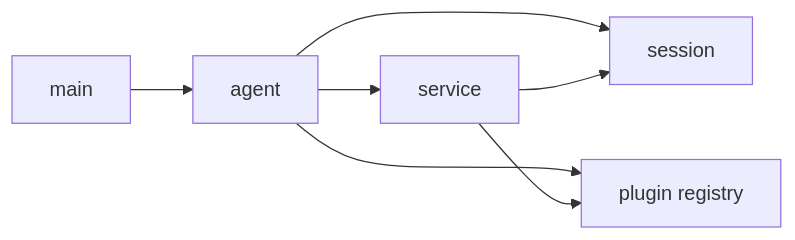
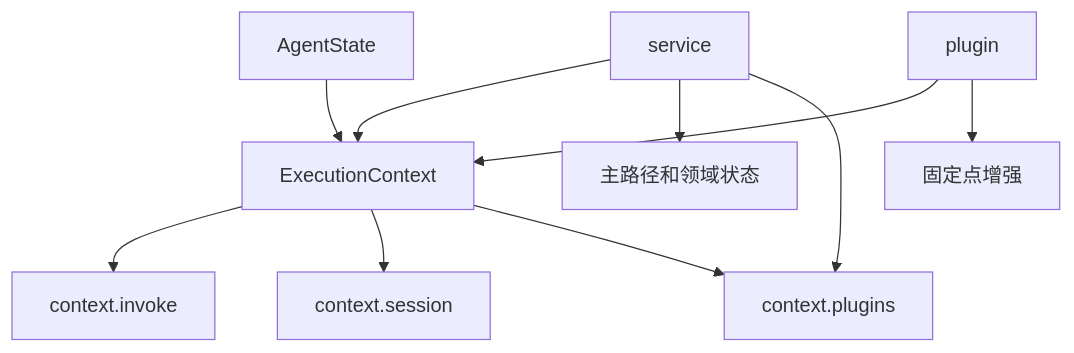
The seventh of 7 diagrams in devdocs/service-and-plugin.md (wangenius/downcity), drawn with Mermaid before and after one commit. The commit also changed other lines of this file and 96 other files, not shown here.

````diff
--- a/devdocs/service-and-plugin.md
+++ b/devdocs/service-and-plugin.md
@@ -325,9 +274,14 @@
 ```mermaid
-flowchart LR
-  MAIN["main"] --> AGENT["agent"]
-  AGENT --> SERVICE["service"]
-  AGENT --> SESSION["session"]
-  AGENT --> PLUGIN["plugin registry"]
-  SERVICE --> SESSION
-  SERVICE --> PLUGIN
+flowchart TD
+  AGENT["AgentState"] --> CTX["ExecutionContext"]
+  CTX --> INVOKE["context.invoke"]
+  CTX --> SESSION["context.session"]
+  CTX --> PLUGINS["context.plugins"]
+
+  SERVICE["service"] --> CTX
+  SERVICE --> MAINPATH["主路径和领域状态"]
+  SERVICE --> PLUGINS
+
+  PLUGIN["plugin"] --> CTX
+  PLUGIN --> EXTEND["固定点增强"]
 ```
````
